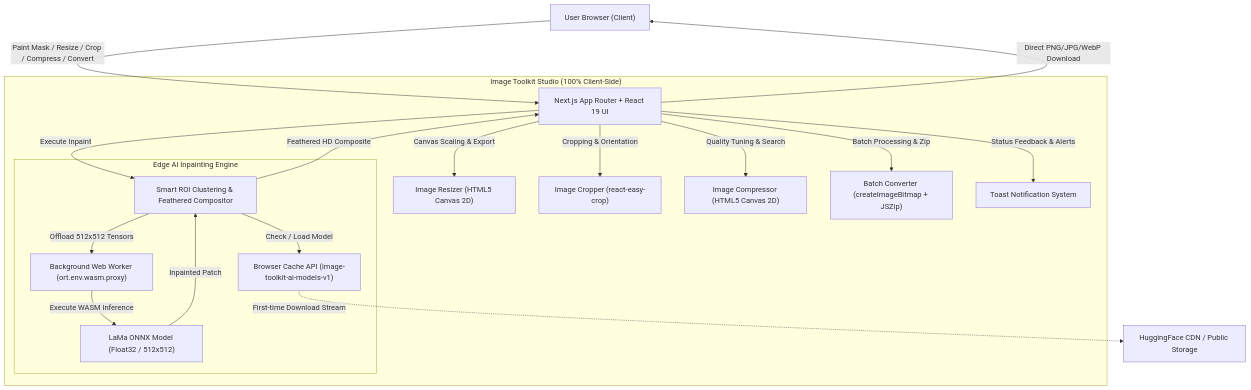
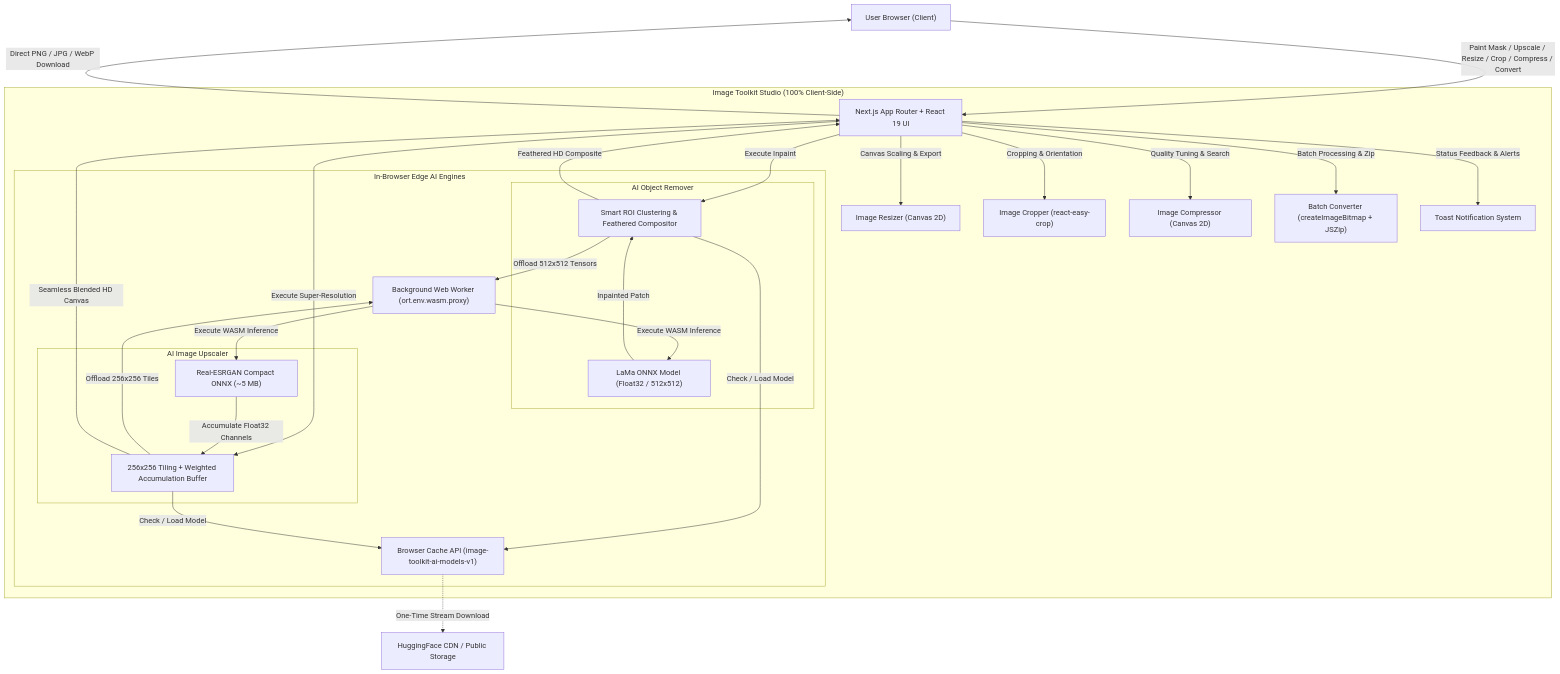
The diagram in README.md (SalmanFrs/image-toolkit), drawn with Mermaid before and after one commit. The commit also changed other lines of this file and 9 other files, not shown here.

Commit message:
feat(upscaler): add client-side AI image upscaler and polish AI tool UX across toolkit

````diff
--- a/README.md
+++ b/README.md
@@ -97,38 +103,54 @@
 ```mermaid
 flowchart TD
     User["User Browser (Client)"]
 
     subgraph ClientStudio["Image Toolkit Studio (100% Client-Side)"]
         UI["Next.js App Router + React 19 UI"]
-        Resizer["Image Resizer (HTML5 Canvas 2D)"]
+        Resizer["Image Resizer (Canvas 2D)"]
         Cropper["Image Cropper (react-easy-crop)"]
-        Compressor["Image Compressor (HTML5 Canvas 2D)"]
+        Compressor["Image Compressor (Canvas 2D)"]
         Batch["Batch Converter (createImageBitmap + JSZip)"]
         Toast["Toast Notification System"]
         
-        subgraph EdgeAI["Edge AI Inpainting Engine"]
+        subgraph EdgeAI["In-Browser Edge AI Engines"]
             Cache["Browser Cache API (image-toolkit-ai-models-v1)"]
             Worker["Background Web Worker (ort.env.wasm.proxy)"]
-            LaMa["LaMa ONNX Model (Float32 / 512x512)"]
-            ROI["Smart ROI Clustering & Feathered Compositor"]
+            
+            subgraph LaMaEngine["AI Object Remover"]
+                LaMaModel["LaMa ONNX Model (Float32 / 512x512)"]
+                ROI["Smart ROI Clustering & Feathered Compositor"]
+            end
+            
+            subgraph UpscalerEngine["AI Image Upscaler"]
+                UpscalerModel["Real-ESRGAN Compact ONNX (~5 MB)"]
+                Tiling["256x256 Tiling + Weighted Accumulation Buffer"]
+            end
         end
     end
 
     RemoteCDN["HuggingFace CDN / Public Storage"]
 
-    User -->|"Paint Mask / Resize / Crop / Compress / Convert"| UI
+    User -->|"Paint Mask / Upscale / Resize / Crop / Compress / Convert"| UI
     UI -->|"Canvas Scaling & Export"| Resizer
     UI -->|"Cropping & Orientation"| Cropper
     UI -->|"Quality Tuning & Search"| Compressor
     UI -->|"Batch Processing & Zip"| Batch
     UI -->|"Status Feedback & Alerts"| Toast
     
     UI -->|"Execute Inpaint"| ROI
     ROI -->|"Check / Load Model"| Cache
-    Cache -.->|"First-time Download Stream"| RemoteCDN
     ROI -->|"Offload 512x512 Tensors"| Worker
-    Worker -->|"Execute WASM Inference"| LaMa
-    LaMa -->|"Inpainted Patch"| ROI
+    Worker -->|"Execute WASM Inference"| LaMaModel
+    LaMaModel -->|"Inpainted Patch"| ROI
     ROI -->|"Feathered HD Composite"| UI
-    UI -->|"Direct PNG/JPG/WebP Download"| User
+
+    UI -->|"Execute Super-Resolution"| Tiling
+    Tiling -->|"Check / Load Model"| Cache
+    Tiling -->|"Offload 256x256 Tiles"| Worker
+    Worker -->|"Execute WASM Inference"| UpscalerModel
+    UpscalerModel -->|"Accumulate Float32 Channels"| Tiling
+    Tiling -->|"Seamless Blended HD Canvas"| UI
+
+    Cache -.->|"One-Time Stream Download"| RemoteCDN
+    UI -->|"Direct PNG / JPG / WebP Download"| User
 ```
````
